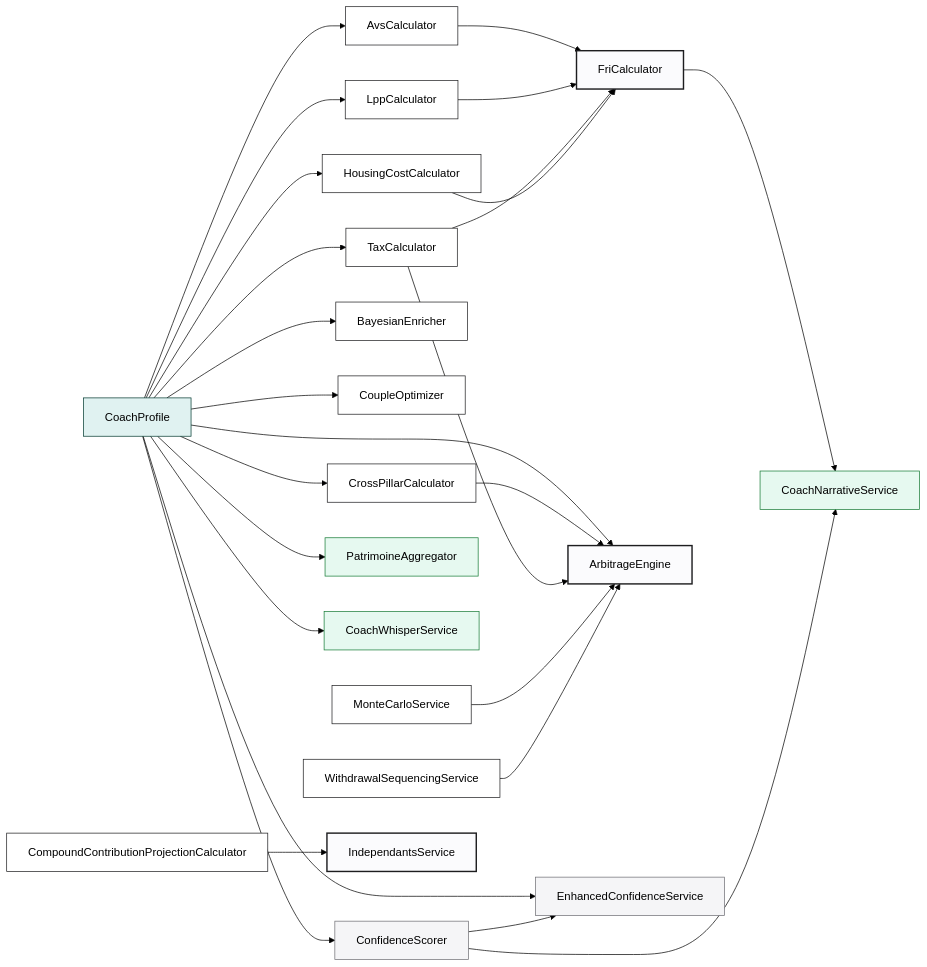
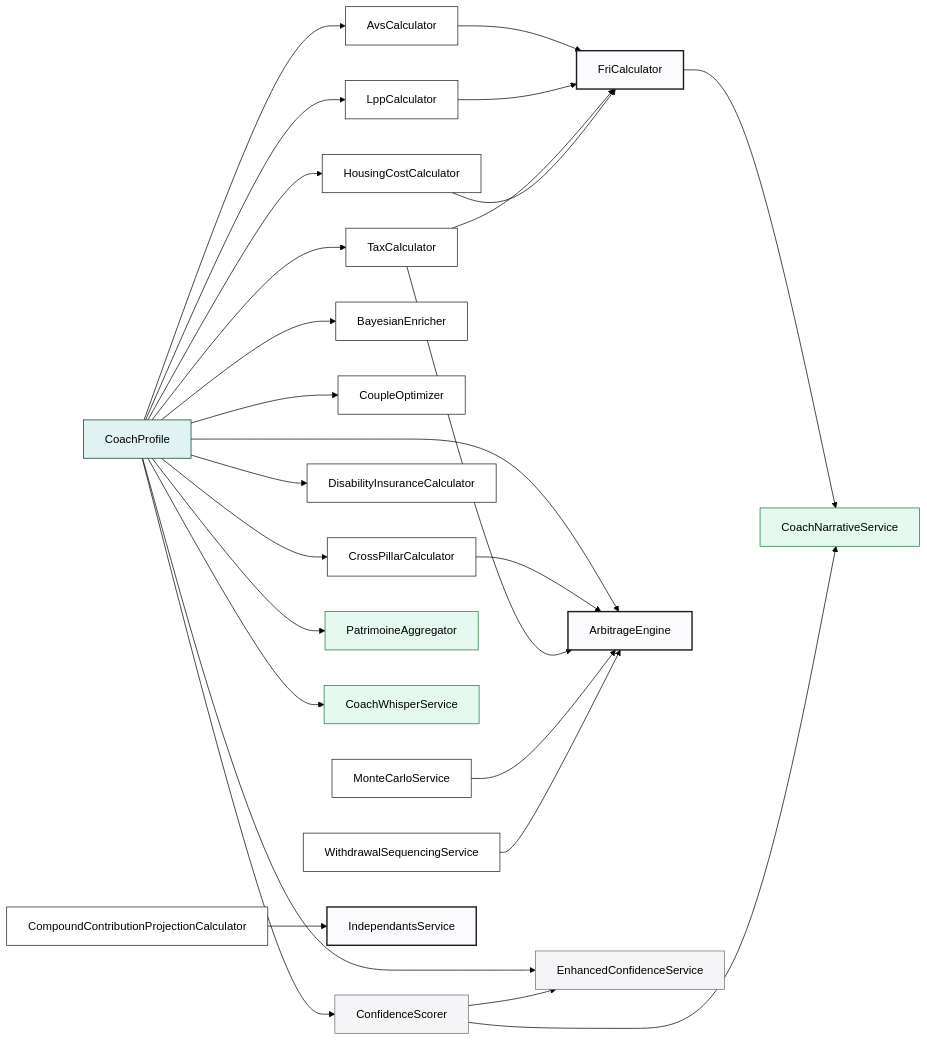
Before and after one commit to MINT-IA/MINT: the diagram in docs/calculator-graph.md, drawn with Mermaid (forest theme). The commit also changed other lines of this file and 11 other files, not shown here.

Commit message:
Make disability insurance ledger-first

````diff
--- a/docs/calculator-graph.md
+++ b/docs/calculator-graph.md
@@ -26,41 +26,42 @@
 ```mermaid
 flowchart LR
     PROFILE[CoachProfile]:::profile
 
     PROFILE --> AVS[AvsCalculator]:::calc
     PROFILE --> LPP[LppCalculator]:::calc
     PROFILE --> TAX[TaxCalculator]:::calc
     PROFILE --> HOUSING[HousingCostCalculator]:::calc
     PROFILE --> BAYESIAN[BayesianEnricher]:::calc
 
     AVS --> FRI[FriCalculator]:::composer
     LPP --> FRI
     TAX --> FRI
     HOUSING --> FRI
 
     PROFILE --> COUPLE[CoupleOptimizer]:::calc
     PROFILE --> CROSS[CrossPillarCalculator]:::calc
     PROFILE --> ARB[ArbitrageEngine]:::composer
     CROSS --> ARB
     TAX --> ARB
+    PROFILE --> DISABILITY[DisabilityInsuranceCalculator]:::calc
 
     PROFILE --> CONF[ConfidenceScorer]:::score
     PROFILE --> CONF_ENH[EnhancedConfidenceService]:::score
     CONF --> CONF_ENH
 
     PROFILE --> PAT[PatrimoineAggregator]:::ui
     PROFILE --> WHISPER[CoachWhisperService]:::ui
 
     FRI --> NAR[CoachNarrativeService]:::ui
     CONF --> NAR
 
     MC[MonteCarloService]:::calc --> ARB
     WITHDRAW[WithdrawalSequencingService]:::calc --> ARB
     COMPOUND[CompoundContributionProjectionCalculator]:::calc --> INDEP[IndependantsService]:::composer
 
     classDef profile fill:#E0F2F1,stroke:#00382E
     classDef calc fill:#FFF,stroke:#1D1D1F
     classDef composer fill:#FBFBFD,stroke:#1D1D1F,stroke-width:2px
     classDef score fill:#F5F5F7,stroke:#6E6E73
     classDef ui fill:#E6F9F0,stroke:#157B35
 ```
````
